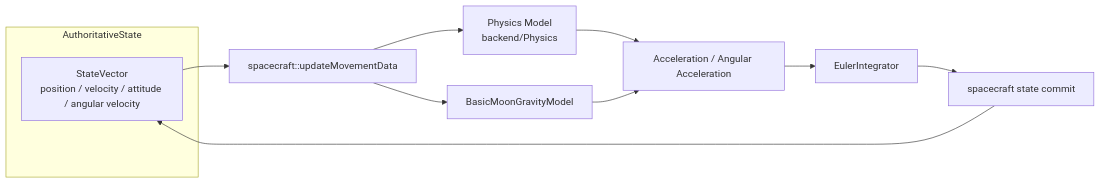
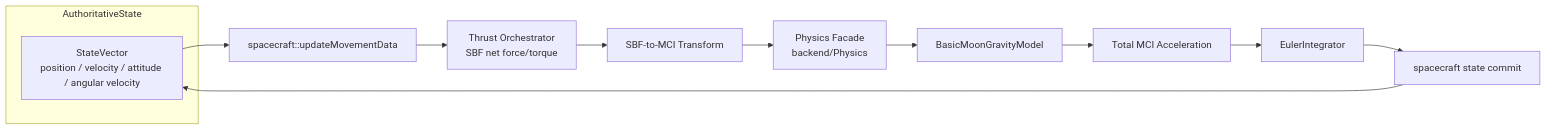
Before and after one commit to gerd-lrt-dev/moonlander: the third of 5 diagrams in docs/data-flow-diagrams.md, drawn with Mermaid. The commit also changed other lines of this file, not shown here.

Commit message:
docs(data-flow): address final feedback on autopilot path, physics facade, and RCS actuation

````diff
--- a/docs/data-flow-diagrams.md
+++ b/docs/data-flow-diagrams.md
@@ -151,22 +178,25 @@
 ```mermaid
 flowchart LR
     subgraph AuthoritativeState
         SV[StateVector<br/>position / velocity / attitude / angular velocity]
     end
 
     UMD[spacecraft::updateMovementData]
-    PHY[Physics Model<br/>backend/Physics]
+    TH[Thrust Orchestrator<br/>SBF net force/torque]
+    TX[SBF-to-MCI Transform]
+    PHY[Physics Facade<br/>backend/Physics]
     GM[BasicMoonGravityModel]
-    AA[Acceleration / Angular Acceleration]
+    AA[Total MCI Acceleration]
     EI[EulerIntegrator]
     SC[spacecraft state commit]
 
     SV --> UMD
-    UMD --> PHY
-    UMD --> GM
-    PHY --> AA
+    UMD --> TH
+    TH --> TX
+    TX --> PHY
+    PHY --> GM
     GM --> AA
     AA --> EI
     EI --> SC
     SC --> SV
 ```
````
